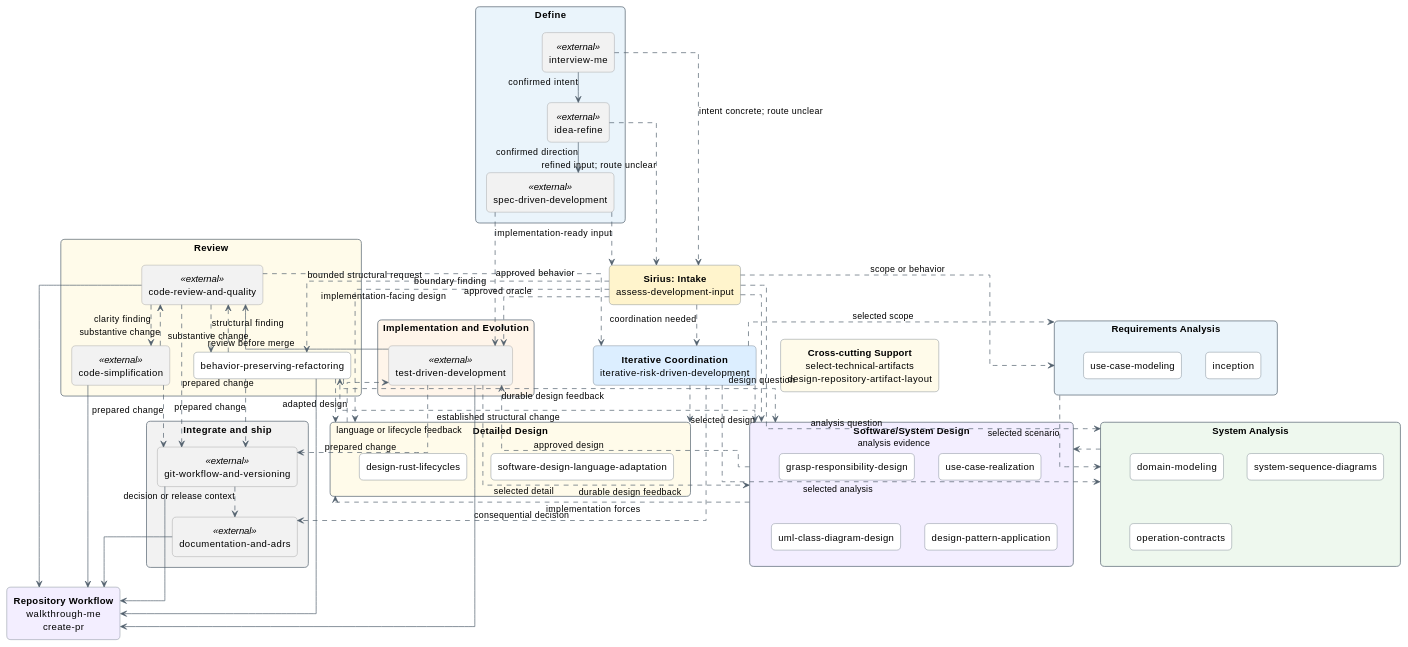
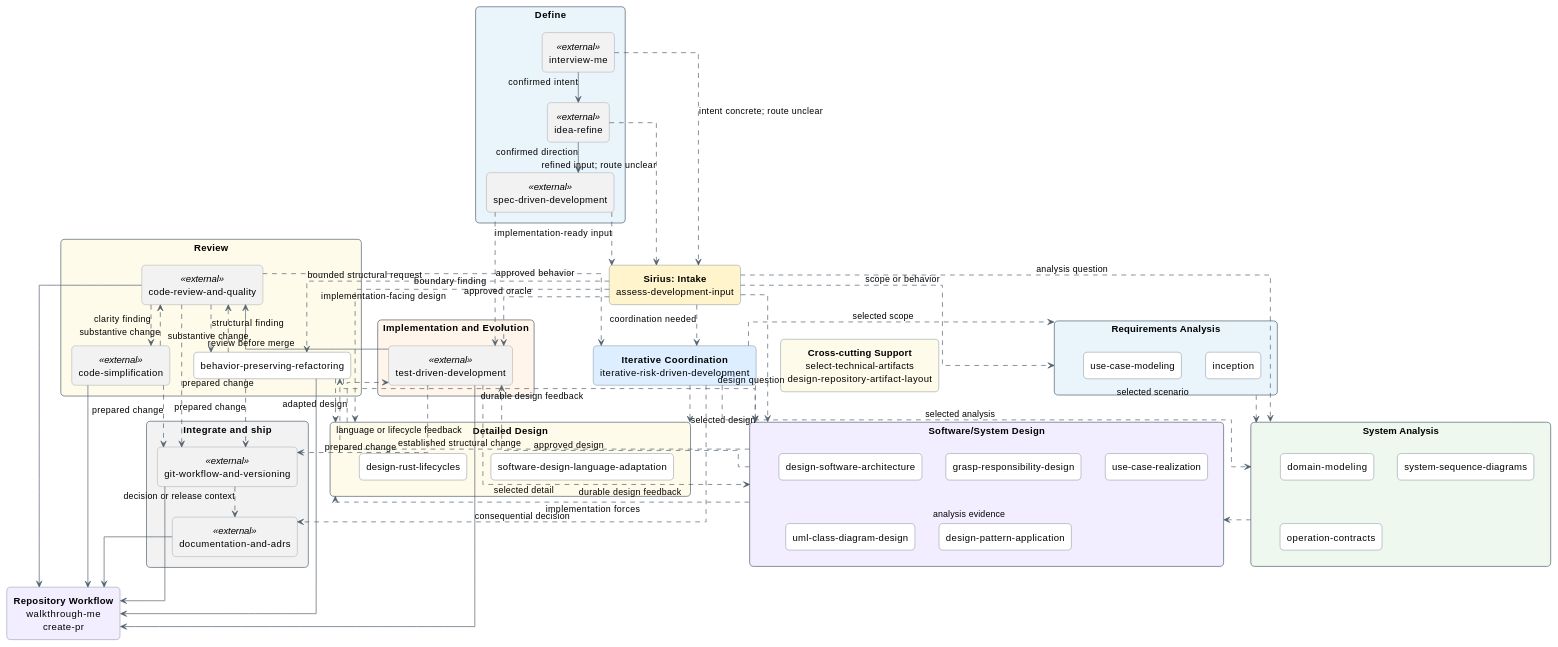
One commit to sirius-cc-wu/sirius-skills changed the first of 4 diagrams in catalog/skill-relationships.md. Above: the diagram before and after it, drawn with PlantUML. The commit also changed other lines of this file and 25 other files, not shown here.

First line of the commit message:
skills: add software architecture design

```diff
--- a/catalog/skill-relationships.md
+++ b/catalog/skill-relationships.md
@@ -72,6 +72,7 @@
 }
 
 package "Software/System Design" as softwareDesign #F3EEFF {
+  rectangle "design-software-architecture" as architecture
   rectangle "grasp-responsibility-design" as grasp
   rectangle "use-case-realization" as realization
   rectangle "uml-class-diagram-design" as classdiagram
```
